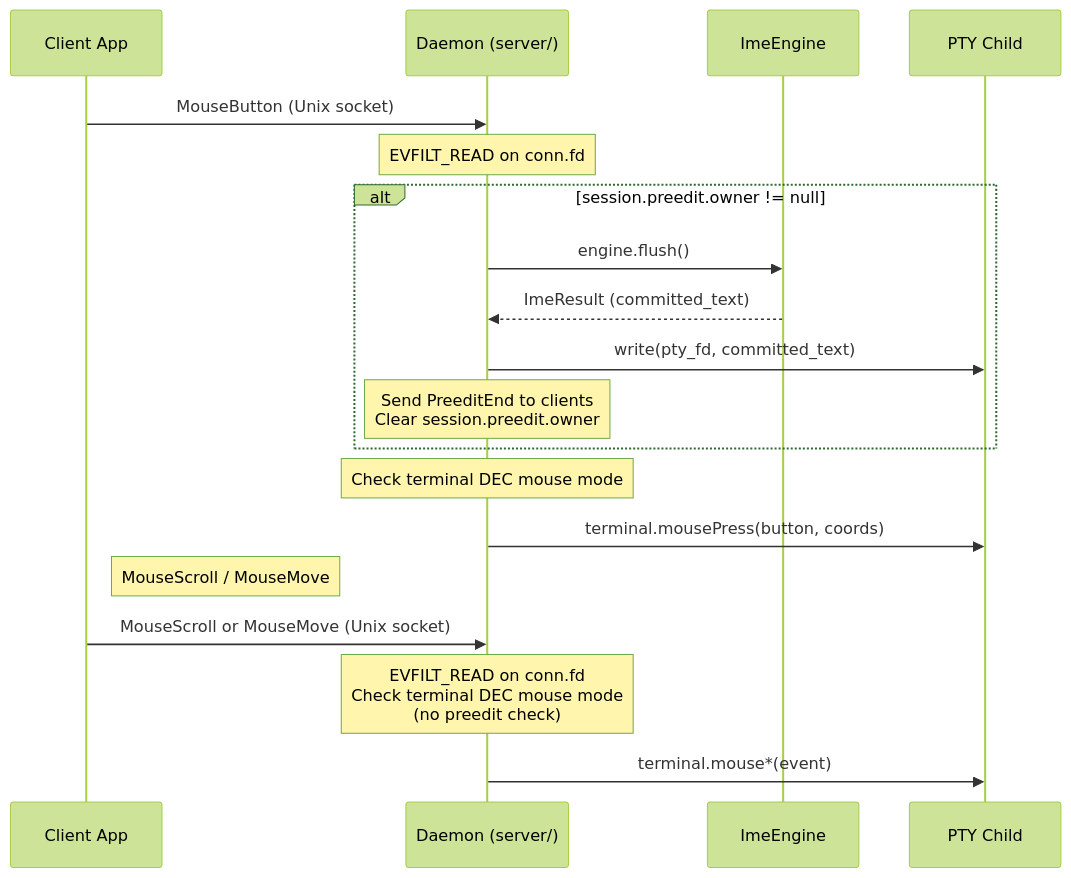
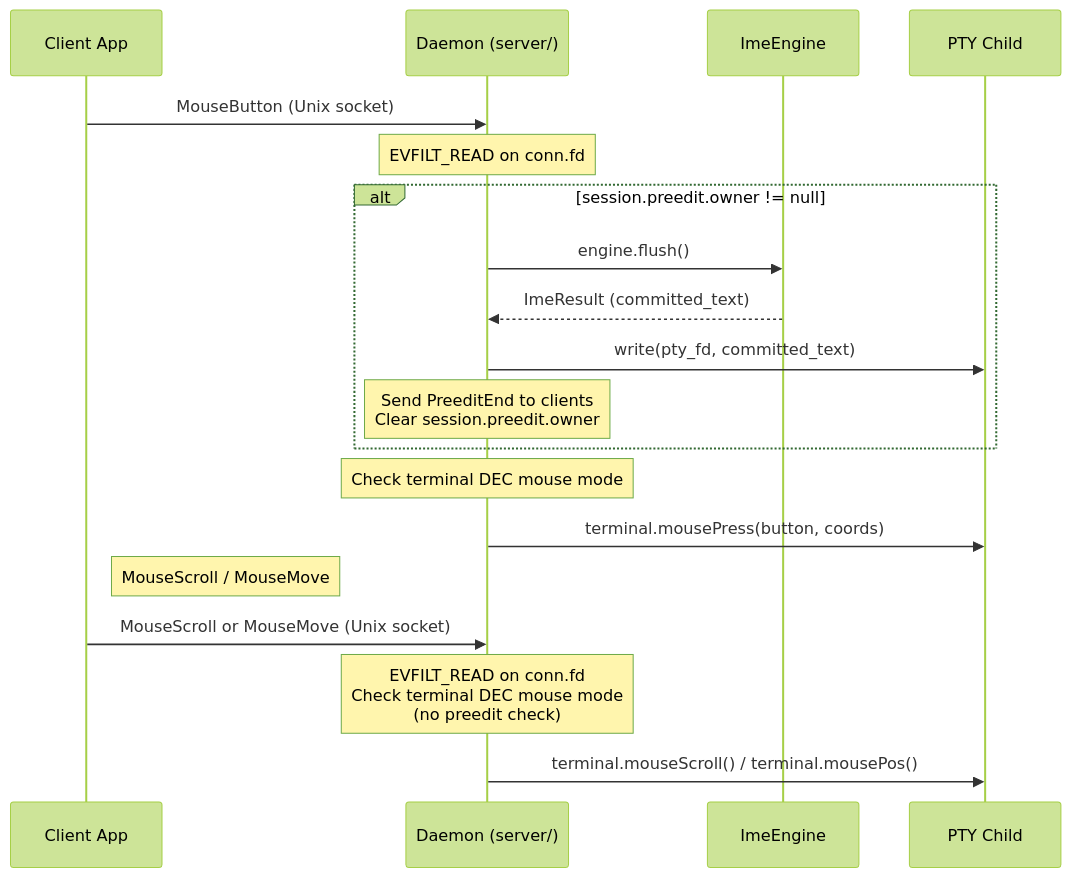
One commit to powdream-org/it-shell3 changed the sixth of 6 diagrams in docs/modules/libitshell3/02-design-docs/daemon/draft/v1.0-r6/01-internal-architecture.md. Above: the diagram before and after it, drawn with Mermaid (forest theme). The commit also changed 4 other files, not shown here.

````diff
--- a/docs/modules/libitshell3/02-design-docs/daemon/draft/v1.0-r6/01-internal-architecture.md
+++ b/docs/modules/libitshell3/02-design-docs/daemon/draft/v1.0-r6/01-internal-architecture.md
@@ -1051,23 +1051,23 @@
 ```mermaid
 sequenceDiagram
     participant C as Client App
     participant S as Daemon (server/)
     participant IME as ImeEngine
     participant P as PTY Child
 
     C->>S: MouseButton (Unix socket)
     Note over S: EVFILT_READ on conn.fd
     alt session.preedit.owner != null
         S->>IME: engine.flush()
         IME-->>S: ImeResult (committed_text)
         S->>P: write(pty_fd, committed_text)
         Note over S: Send PreeditEnd to clients<br/>Clear session.preedit.owner
     end
     Note over S: Check terminal DEC mouse mode
     S->>P: terminal.mousePress(button, coords)
 
     Note right of C: MouseScroll / MouseMove
     C->>S: MouseScroll or MouseMove (Unix socket)
     Note over S: EVFILT_READ on conn.fd<br/>Check terminal DEC mouse mode<br/>(no preedit check)
-    S->>P: terminal.mouse*(event)
+    S->>P: terminal.mouseScroll() / terminal.mousePos()
 ```
````
